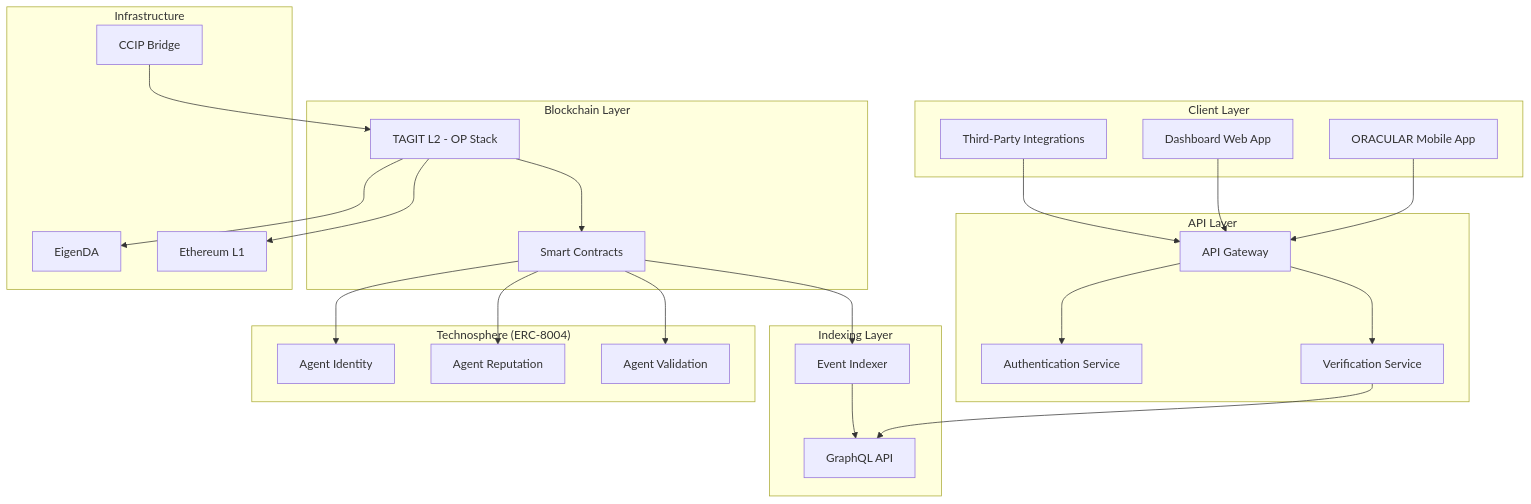
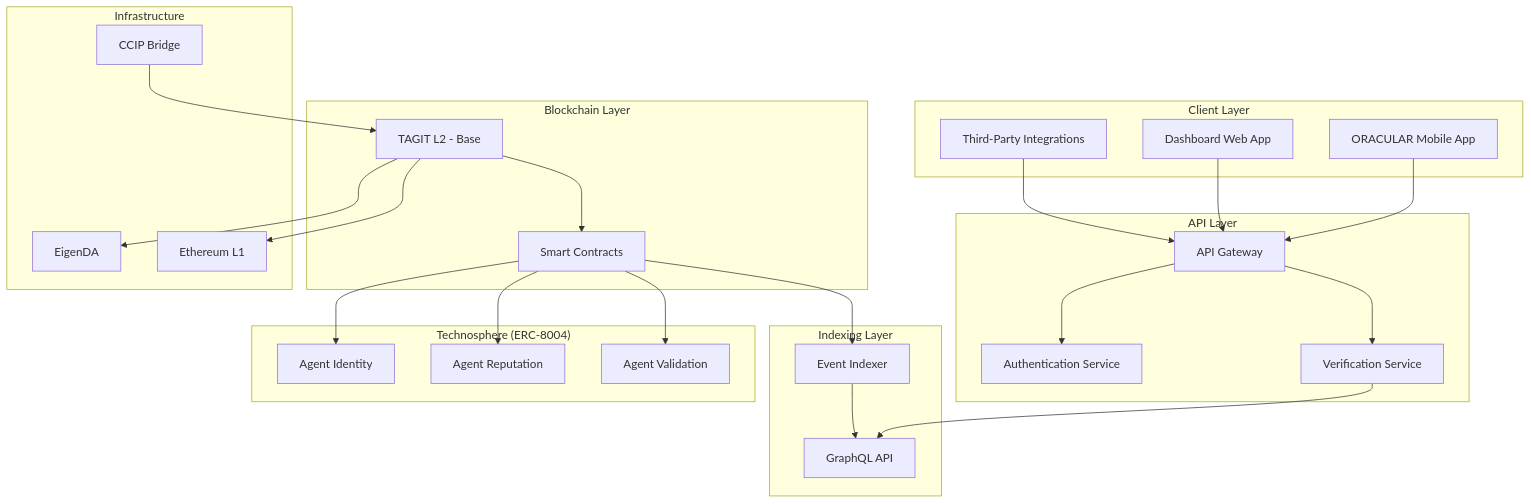
One commit to TAG-IT-NETWORK/tagit-docs changed the first of 2 diagrams in docs/architecture/overview.md. Above: the diagram before and after it, drawn with Mermaid. The commit also changed other lines of this file and 26 other files, not shown here.

````diff
--- a/docs/architecture/overview.md
+++ b/docs/architecture/overview.md
@@ -12,47 +12,47 @@
 ```mermaid
 flowchart TB
     subgraph "Client Layer"
         A[ORACULAR Mobile App]
         B[Dashboard Web App]
         C[Third-Party Integrations]
     end
 
     subgraph "API Layer"
         D[API Gateway]
         E[Authentication Service]
         F[Verification Service]
     end
 
     subgraph "Indexing Layer"
         G[Event Indexer]
         H[GraphQL API]
     end
 
     subgraph "Blockchain Layer"
-        I[TAGIT L2 - OP Stack]
+        I[TAGIT L2 - Base]
         J[Smart Contracts]
     end
 
     subgraph "Technosphere (ERC-8004)"
         N[Agent Identity]
         O[Agent Reputation]
         P[Agent Validation]
     end
 
     subgraph "Infrastructure"
         K[EigenDA]
         L[Ethereum L1]
         M[CCIP Bridge]
     end
 
     A & B & C --> D
     D --> E & F
     F --> H
     G --> H
     J --> G
     I --> J
     I --> K
     I --> L
     M --> I
     J --> N & O & P
 ```
````
